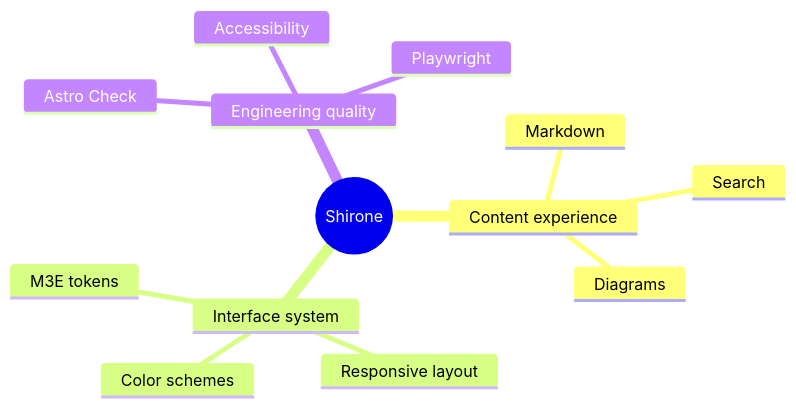
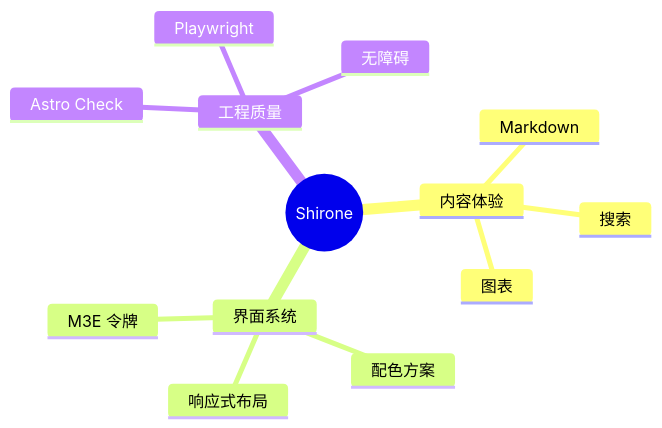
One commit to TTStudio336/tncloud.fun changed the ninth of 14 diagrams in src/content/posts/markdown-mermaid.md. Above: the diagram before and after it, drawn with Mermaid. The commit also changed other lines of this file and 43 other files, not shown here.

````diff
--- a/src/content/posts/markdown-mermaid.md
+++ b/src/content/posts/markdown-mermaid.md
@@ -191,16 +191,16 @@
 ```mermaid
 mindmap
   root((Shirone))
-    Content experience
+    内容体验
       Markdown
-      Search
-      Diagrams
-    Interface system
-      M3E tokens
-      Responsive layout
-      Color schemes
-    Engineering quality
+      搜索
+      图表
+    界面系统
+      M3E 令牌
+      响应式布局
+      配色方案
+    工程质量
       Astro Check
       Playwright
-      Accessibility
+      无障碍
 ```
````
